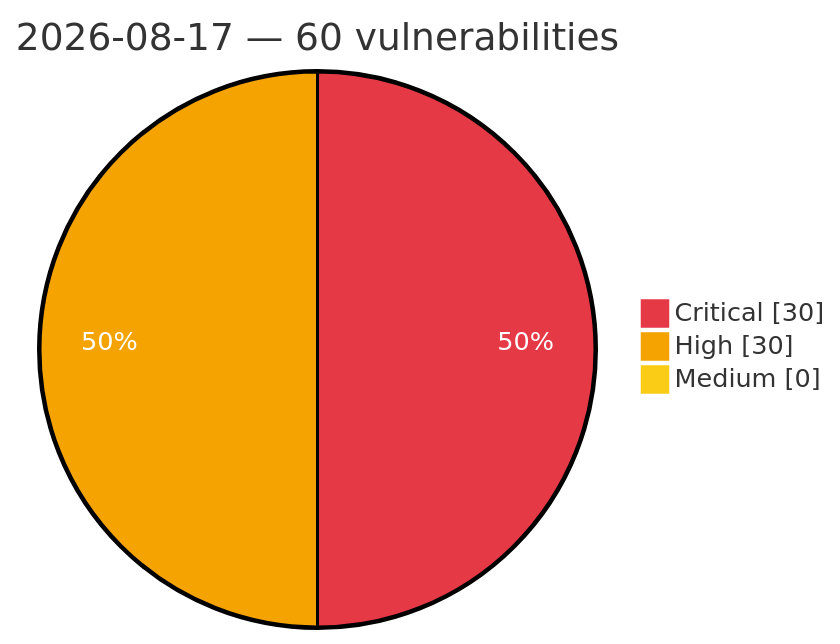
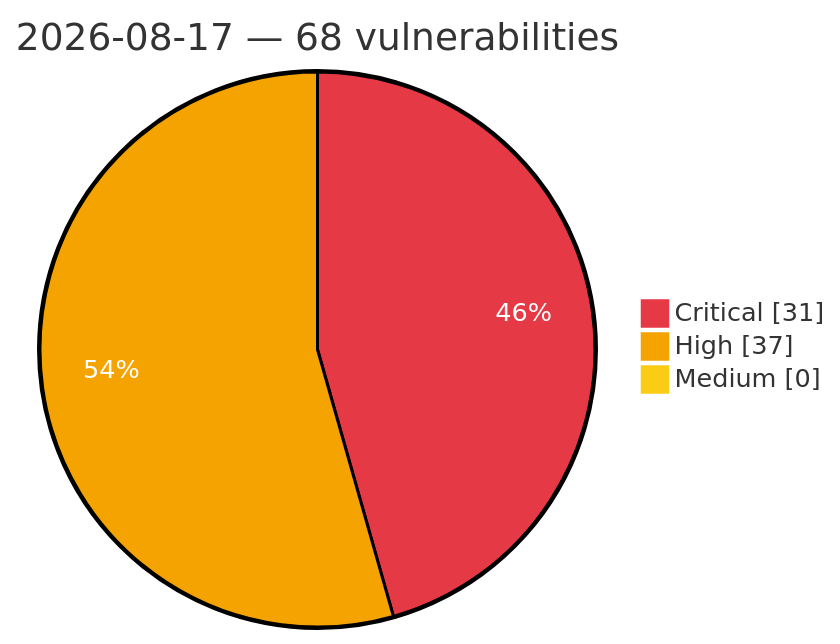
Before and after one commit to GhostX0X/vuln-tracker: the diagram in vulnerabilities/2026/August/2026-08-17.md, drawn with Mermaid. The commit also changed other lines of this file and 5 other files, not shown here.

Commit message:
Auto update: critical/high vulns (2026-08-17 19:41 UTC)

````diff
--- a/vulnerabilities/2026/August/2026-08-17.md
+++ b/vulnerabilities/2026/August/2026-08-17.md
@@ -3,8 +3,8 @@
 ```mermaid
 %%{init: {'theme':'base', 'themeVariables': {'pie1':'#e63946', 'pie2':'#f4a300', 'pie3':'#facc15', 'pieOpacity':'1', 'pieOuterStrokeWidth':'2px', 'pieSectionTextColor':'#ffffff'}}}%%
 pie showData
-    title 2026-08-17 — 60 vulnerabilities
-    "Critical" : 30
-    "High" : 30
+    title 2026-08-17 — 68 vulnerabilities
+    "Critical" : 31
+    "High" : 37
     "Medium" : 0
 ```
````
